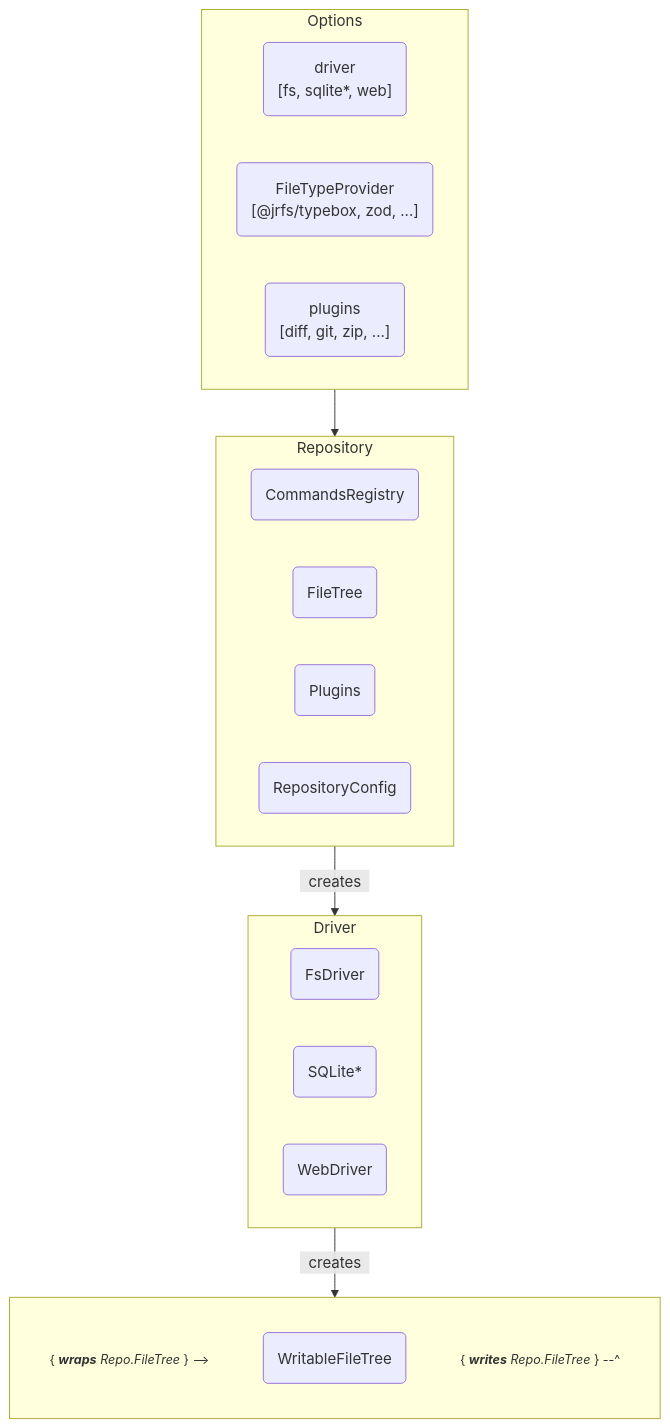
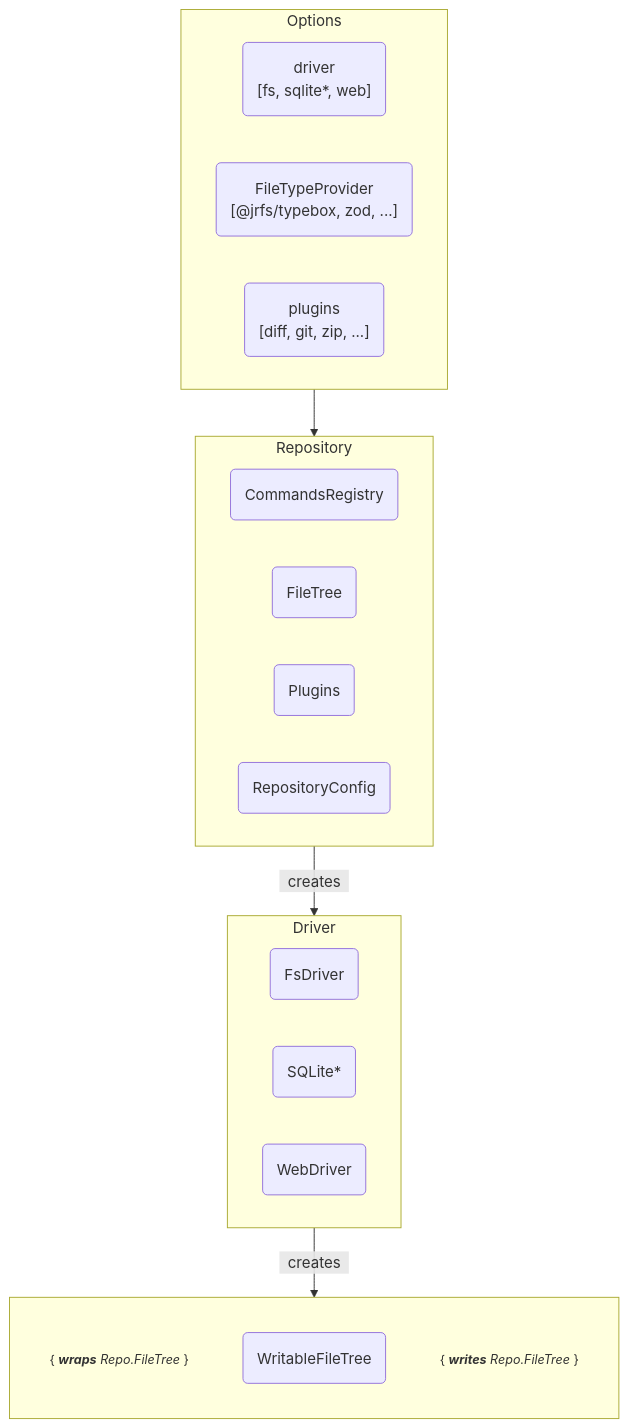
Before and after one commit to jrfso/jrfs: the diagram in README.md, drawn with Mermaid.

````diff
--- a/README.md
+++ b/README.md
@@ -346,31 +346,31 @@
 ```mermaid
 flowchart TD;
   subgraph Opt ["Options"]
     RO1("driver
         [fs, sqlite*, web]");
     RO2("FileTypeProvider
         [@jrfs/typebox, zod, ...]");
     RO3("plugins
         [diff, git, zip, ...]");
   end
   subgraph Repo ["Repository"]
     CmdReg("CommandsRegistry");
     FT("FileTree");
     PI("Plugins");
     RCfg("RepositoryConfig");
   end
   subgraph DR ["Driver"]
     FSD("FsDriver");
     SQL("SQLite*");
     WBD("WebDriver");
   end
   subgraph DRC [" "]
     direction TB;
-    DRC1@{ shape: text, label: "<small>{ ***wraps*** *Repo.FileTree* } --></small>" }
+    DRC1@{ shape: text, label: "<small>{ ***wraps*** *Repo.FileTree* }</small>" }
     WFT("WritableFileTree");
-    DRC2@{ shape: text, label: "<small>{ ***writes*** *Repo.FileTree* } --^</small>" }
+    DRC2@{ shape: text, label: "<small>{ ***writes*** *Repo.FileTree* }</small>" }
   end
   Opt --> Repo;
   Repo --> |"&nbsp; creates &nbsp;"| DR;
   DR --> |"&nbsp; creates &nbsp;"| DRC;
 ```
````
